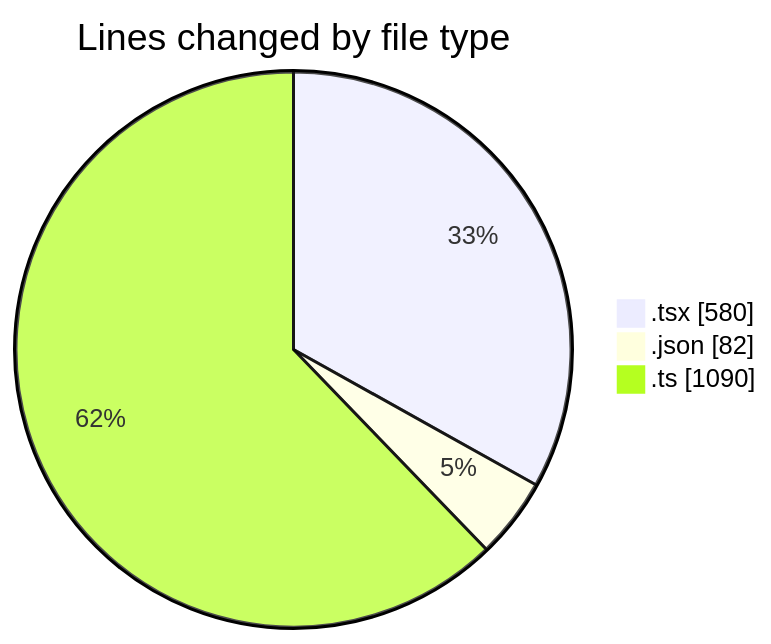
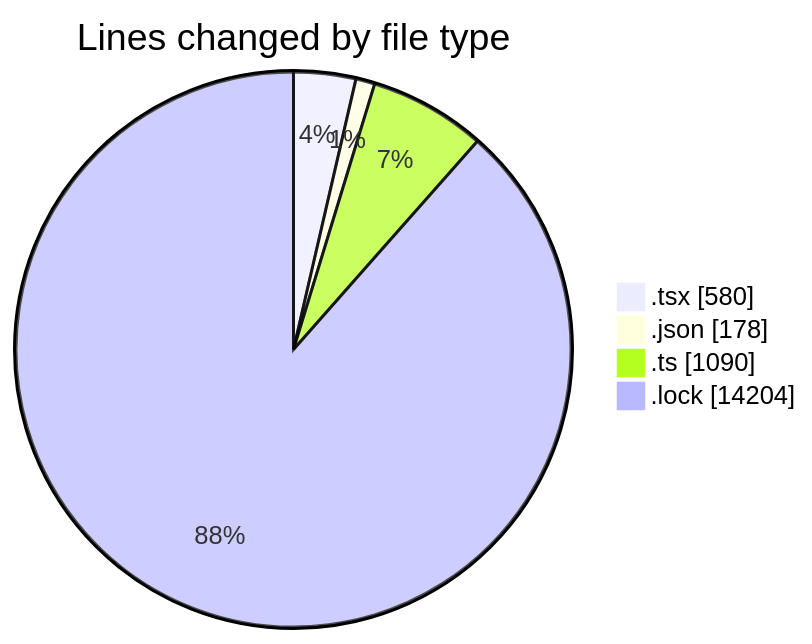
The first of 2 diagrams in 2025-05-12/cda/README.md (momahboobian/code-tracking), drawn with Mermaid before and after one commit. The commit also changed other lines of this file and 1 other file, not shown here.

````diff
--- a/2025-05-12/cda/README.md
+++ b/2025-05-12/cda/README.md
@@ -31,7 +33,8 @@
 ```mermaid
 pie showData
 title Lines changed by file type
 ".tsx" : 580
-".json" : 82
+".json" : 178
 ".ts" : 1090
+".lock" : 14204
 ```
````
